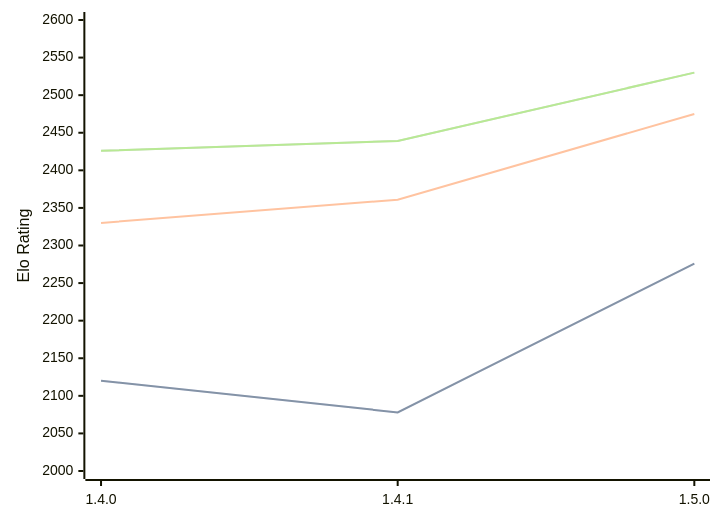
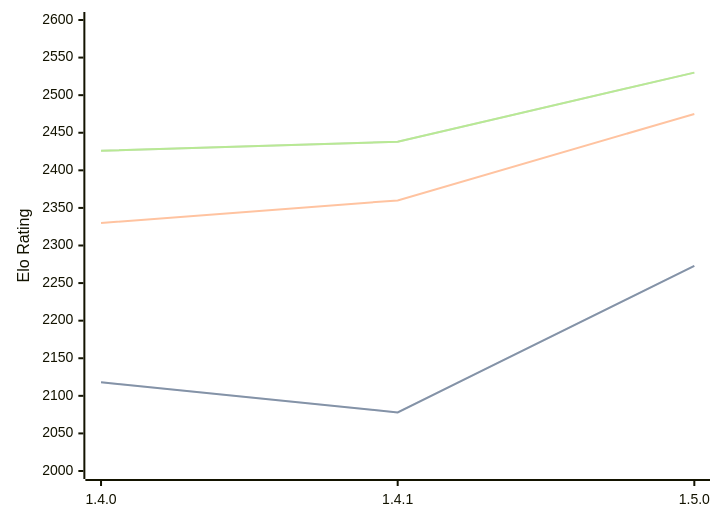
One commit to computer-chess-index/cci changed the diagram in engines/Tofiks.md. Above: the diagram before and after it, drawn with Mermaid. The commit also changed other lines of this file, not shown here.

Commit message:
Update CCI Ratings (ELO VLTC) - 2026-04-28

````diff
--- a/engines/Tofiks.md
+++ b/engines/Tofiks.md
@@ -37,11 +37,11 @@
 ```mermaid
 %%{init: {"theme":"base","themeVariables":{"seriesColors:['#a3a3a3','#222221','#faa371']}}}%%
 xychart-beta
   x-axis ["1.4.0", "1.4.1", "1.5.0"]
   y-axis "Elo Rating" 2000 --> 2600
-  line "STC (8.0+0.08s)" [2120, 2078, 2276]
-  line "STC (8.0+0.08s)" [2120, 2078, 2276]
-  line "LTC (60.0+0.60s)" [2330, 2361, 2475]
-  line "VLTC (2m24s+1.12s)" [2426, 2439, 2530]
-  line "VLTC (2m24s+1.12s)" [2426, 2439, 2530]
+  line "STC (8.0+0.08s)" [2118, 2078, 2273]
+  line "STC (8.0+0.08s)" [2118, 2078, 2273]
+  line "LTC (60.0+0.60s)" [2330, 2360, 2475]
+  line "VLTC (2m24s+1.12s)" [2426, 2438, 2530]
+  line "VLTC (2m24s+1.12s)" [2426, 2438, 2530]
 ```
````
